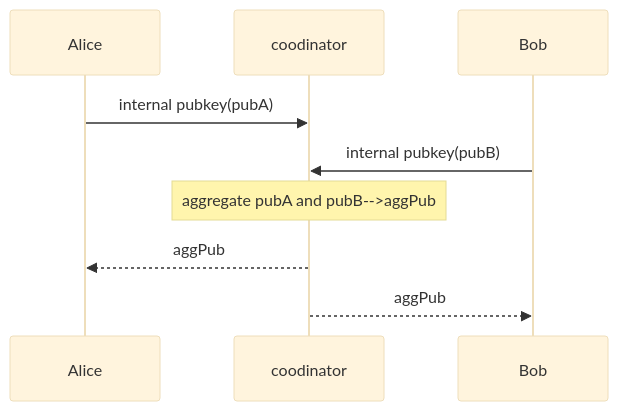
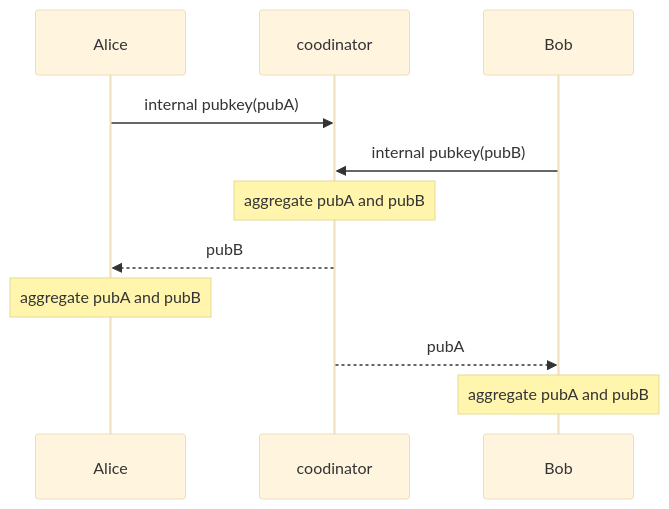
One commit to hirokuma/hirokuma.github.io changed the first of 2 diagrams in bitcoin/musig/musig2_sequence.md. Above: the diagram before and after it, drawn with Mermaid (base theme). The commit also changed other lines of this file and 2 other files, not shown here.

````diff
--- a/bitcoin/musig/musig2_sequence.md
+++ b/bitcoin/musig/musig2_sequence.md
@@ -5,12 +8,14 @@
 ```mermaid
 sequenceDiagram
   participant Alice
   participant coodinator
   participant Bob
 
   Alice->>coodinator: internal pubkey(pubA)
   Bob->>coodinator: internal pubkey(pubB)
-  Note over coodinator: aggregate pubA and pubB-->aggPub
-  coodinator-->>Alice: aggPub
-  coodinator-->>Bob: aggPub
+  Note over coodinator: aggregate pubA and pubB
+  coodinator-->>Alice: pubB
+  Note over Alice: aggregate pubA and pubB
+  coodinator-->>Bob: pubA
+  Note over Bob: aggregate pubA and pubB
 ```
````
